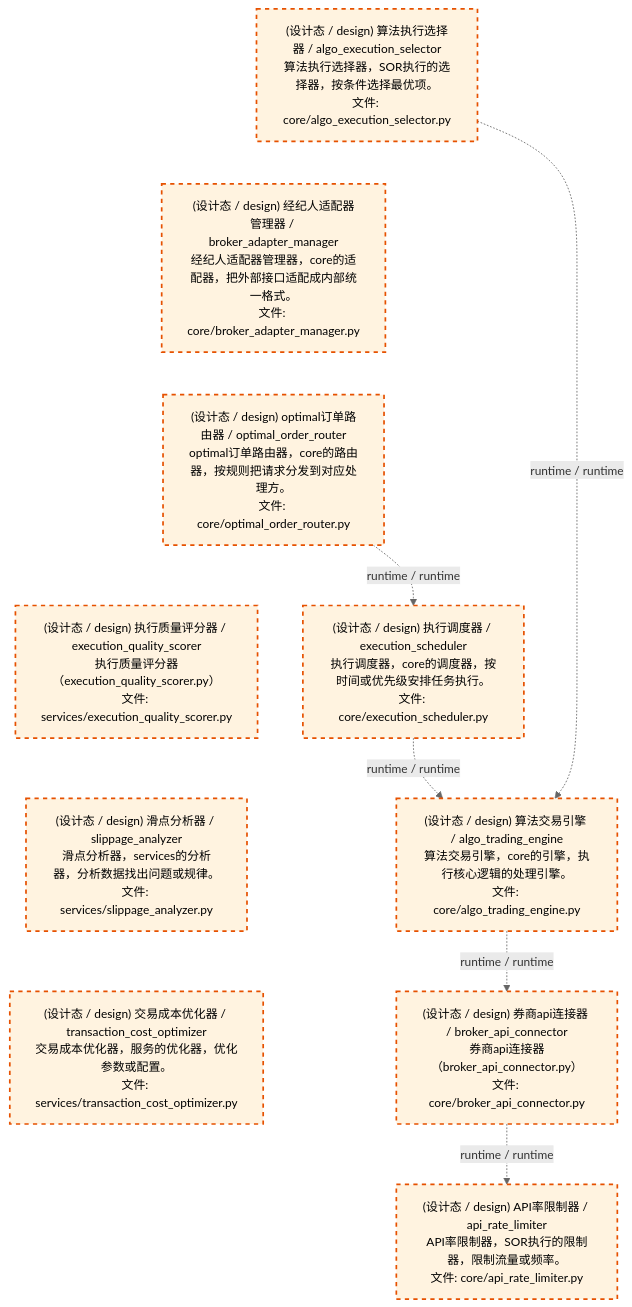
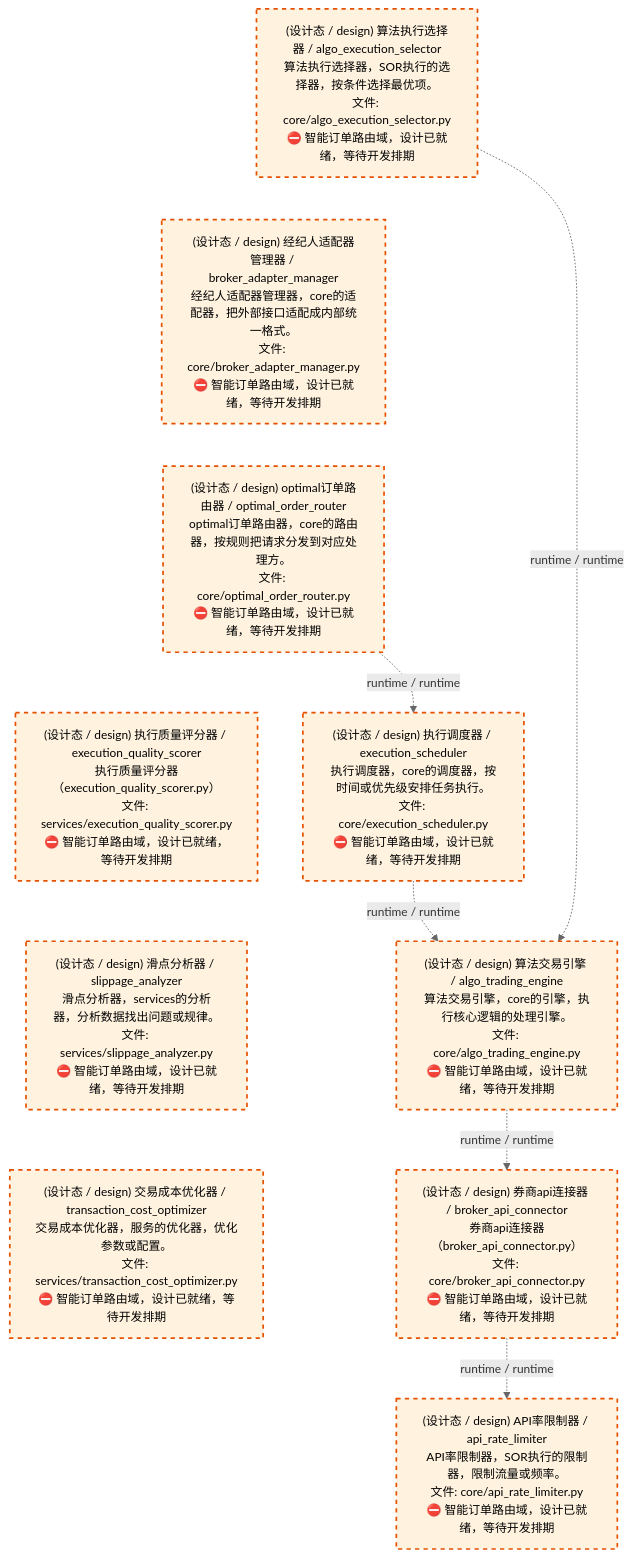
One commit to xuanFelixVan/ZephyrAlpha changed the third of 4 diagrams in docs/02_enterprise_architecture/02_domain_architecture_docs/45_d_ex_sor.md. Above: the diagram before and after it, drawn with Mermaid. The commit also changed other lines of this file and 50 other files, not shown here.

````diff
--- a/docs/02_enterprise_architecture/02_domain_architecture_docs/45_d_ex_sor.md
+++ b/docs/02_enterprise_architecture/02_domain_architecture_docs/45_d_ex_sor.md
@@ -138,29 +138,29 @@
 ```mermaid
 %%{init: {'theme': 'base', 'themeVariables': {'primaryColor': '#eaeaea', 'primaryTextColor': '#333333', 'primaryBorderColor': '#666666', 'lineColor': '#666666', 'secondaryColor': '#eaeaea', 'tertiaryColor': '#eaeaea', 'fontSize': '14px'}}}%%
 flowchart TD
-    src_zephyr_ex_sor_core_algo_execution_selector_py["(设计态 / design) 算法执行选择器 / algo_execution_selector<br/>算法执行选择器，SOR执行的选择器，按条件选择最优项。<br/>文件: core/algo_execution_selector.py"]
-    src_zephyr_ex_sor_core_broker_adapter_manager_py["(设计态 / design) 经纪人适配器管理器 / broker_adapter_manager<br/>经纪人适配器管理器，core的适配器，把外部接口适配成内部统一格式。<br/>文件: core/broker_adapter_manager.py"]
-    src_zephyr_ex_sor_core_optimal_order_router_py["(设计态 / design) optimal订单路由器 / optimal_order_router<br/>optimal订单路由器，core的路由器，按规则把请求分发到对应处理方。<br/>文件: core/optimal_order_router.py"]
-    src_zephyr_ex_sor_services_execution_quality_scorer_py["(设计态 / design) 执行质量评分器 / execution_quality_scorer<br/>执行质量评分器（execution_quality_scorer.py）<br/>文件: services/execution_quality_scorer.py"]
-    src_zephyr_ex_sor_services_slippage_analyzer_py["(设计态 / design) 滑点分析器 / slippage_analyzer<br/>滑点分析器，services的分析器，分析数据找出问题或规律。<br/>文件: services/slippage_analyzer.py"]
-    src_zephyr_ex_sor_services_transaction_cost_optimizer_py["(设计态 / design) 交易成本优化器 / transaction_cost_optimizer<br/>交易成本优化器，服务的优化器，优化参数或配置。<br/>文件: services/transaction_cost_optimizer.py"]
+    src_zephyr_ex_sor_core_algo_execution_selector_py["(设计态 / design) 算法执行选择器 / algo_execution_selector<br/>算法执行选择器，SOR执行的选择器，按条件选择最优项。<br/>文件: core/algo_execution_selector.py<br/>⛔ 智能订单路由域，设计已就绪，等待开发排期"]
+    src_zephyr_ex_sor_core_broker_adapter_manager_py["(设计态 / design) 经纪人适配器管理器 / broker_adapter_manager<br/>经纪人适配器管理器，core的适配器，把外部接口适配成内部统一格式。<br/>文件: core/broker_adapter_manager.py<br/>⛔ 智能订单路由域，设计已就绪，等待开发排期"]
+    src_zephyr_ex_sor_core_optimal_order_router_py["(设计态 / design) optimal订单路由器 / optimal_order_router<br/>optimal订单路由器，core的路由器，按规则把请求分发到对应处理方。<br/>文件: core/optimal_order_router.py<br/>⛔ 智能订单路由域，设计已就绪，等待开发排期"]
+    src_zephyr_ex_sor_services_execution_quality_scorer_py["(设计态 / design) 执行质量评分器 / execution_quality_scorer<br/>执行质量评分器（execution_quality_scorer.py）<br/>文件: services/execution_quality_scorer.py<br/>⛔ 智能订单路由域，设计已就绪，等待开发排期"]
+    src_zephyr_ex_sor_services_slippage_analyzer_py["(设计态 / design) 滑点分析器 / slippage_analyzer<br/>滑点分析器，services的分析器，分析数据找出问题或规律。<br/>文件: services/slippage_analyzer.py<br/>⛔ 智能订单路由域，设计已就绪，等待开发排期"]
+    src_zephyr_ex_sor_services_transaction_cost_optimizer_py["(设计态 / design) 交易成本优化器 / transaction_cost_optimizer<br/>交易成本优化器，服务的优化器，优化参数或配置。<br/>文件: services/transaction_cost_optimizer.py<br/>⛔ 智能订单路由域，设计已就绪，等待开发排期"]
     src_zephyr_ex_sor_core_algo_execution_selector_py ~~~ src_zephyr_ex_sor_core_broker_adapter_manager_py
     src_zephyr_ex_sor_core_broker_adapter_manager_py ~~~ src_zephyr_ex_sor_core_optimal_order_router_py
     src_zephyr_ex_sor_core_optimal_order_router_py ~~~ src_zephyr_ex_sor_services_execution_quality_scorer_py
     src_zephyr_ex_sor_services_execution_quality_scorer_py ~~~ src_zephyr_ex_sor_services_slippage_analyzer_py
     src_zephyr_ex_sor_services_slippage_analyzer_py ~~~ src_zephyr_ex_sor_services_transaction_cost_optimizer_py
-    src_zephyr_ex_sor_core_execution_scheduler_py["(设计态 / design) 执行调度器 / execution_scheduler<br/>执行调度器，core的调度器，按时间或优先级安排任务执行。<br/>文件: core/execution_scheduler.py"]
-    src_zephyr_ex_sor_core_algo_trading_engine_py["(设计态 / design) 算法交易引擎 / algo_trading_engine<br/>算法交易引擎，core的引擎，执行核心逻辑的处理引擎。<br/>文件: core/algo_trading_engine.py"]
-    src_zephyr_ex_sor_core_broker_api_connector_py["(设计态 / design) 券商api连接器 / broker_api_connector<br/>券商api连接器（broker_api_connector.py）<br/>文件: core/broker_api_connector.py"]
-    src_zephyr_ex_sor_core_api_rate_limiter_py["(设计态 / design) API率限制器 / api_rate_limiter<br/>API率限制器，SOR执行的限制器，限制流量或频率。<br/>文件: core/api_rate_limiter.py"]
+    src_zephyr_ex_sor_core_execution_scheduler_py["(设计态 / design) 执行调度器 / execution_scheduler<br/>执行调度器，core的调度器，按时间或优先级安排任务执行。<br/>文件: core/execution_scheduler.py<br/>⛔ 智能订单路由域，设计已就绪，等待开发排期"]
+    src_zephyr_ex_sor_core_algo_trading_engine_py["(设计态 / design) 算法交易引擎 / algo_trading_engine<br/>算法交易引擎，core的引擎，执行核心逻辑的处理引擎。<br/>文件: core/algo_trading_engine.py<br/>⛔ 智能订单路由域，设计已就绪，等待开发排期"]
+    src_zephyr_ex_sor_core_broker_api_connector_py["(设计态 / design) 券商api连接器 / broker_api_connector<br/>券商api连接器（broker_api_connector.py）<br/>文件: core/broker_api_connector.py<br/>⛔ 智能订单路由域，设计已就绪，等待开发排期"]
+    src_zephyr_ex_sor_core_api_rate_limiter_py["(设计态 / design) API率限制器 / api_rate_limiter<br/>API率限制器，SOR执行的限制器，限制流量或频率。<br/>文件: core/api_rate_limiter.py<br/>⛔ 智能订单路由域，设计已就绪，等待开发排期"]
     src_zephyr_ex_sor_core_optimal_order_router_py -.->|runtime / runtime| src_zephyr_ex_sor_core_execution_scheduler_py
     src_zephyr_ex_sor_core_execution_scheduler_py -.->|runtime / runtime| src_zephyr_ex_sor_core_algo_trading_engine_py
     src_zephyr_ex_sor_core_algo_trading_engine_py -.->|runtime / runtime| src_zephyr_ex_sor_core_broker_api_connector_py
     src_zephyr_ex_sor_core_algo_execution_selector_py -.->|runtime / runtime| src_zephyr_ex_sor_core_algo_trading_engine_py
     src_zephyr_ex_sor_core_broker_api_connector_py -.->|runtime / runtime| src_zephyr_ex_sor_core_api_rate_limiter_py
     classDef production fill:#e1f5fe,stroke:#01579b,stroke-width:2px,color:#000
     classDef design fill:#fff3e0,stroke:#e65100,stroke-width:2px,color:#000,stroke-dasharray: 5 5
     classDef external_prod fill:#e8f4fd,stroke:#0277bd,stroke-width:1px,color:#000
     classDef external_design fill:#fff8e7,stroke:#ef6c00,stroke-width:1px,color:#000,stroke-dasharray: 5 5
     class src_zephyr_ex_sor_core_algo_execution_selector_py,src_zephyr_ex_sor_core_algo_trading_engine_py,src_zephyr_ex_sor_core_api_rate_limiter_py,src_zephyr_ex_sor_core_broker_adapter_manager_py,src_zephyr_ex_sor_core_broker_api_connector_py,src_zephyr_ex_sor_core_execution_scheduler_py,src_zephyr_ex_sor_core_optimal_order_router_py,src_zephyr_ex_sor_services_execution_quality_scorer_py,src_zephyr_ex_sor_services_slippage_analyzer_py,src_zephyr_ex_sor_services_transaction_cost_optimizer_py design
 ```
````
